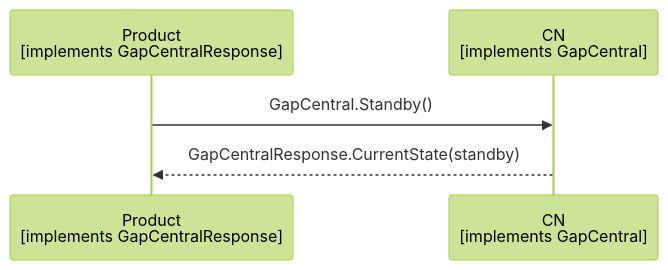
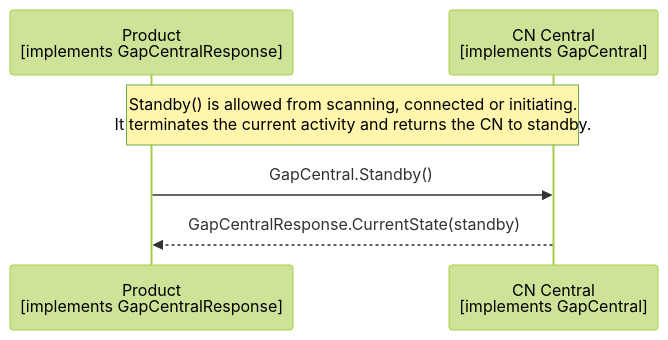
One commit to philips-software/amp-embedded-infra-lib changed the diagram in documents/modules/ROOT/partials/echoservices/gap_central/GapCentral_Standby_sequence.mmd. Above: the diagram before and after it, drawn with Mermaid (forest theme). The commit also changed 32 other files, not shown here.

Commit message:
resolve issues with sequence diagrams

```diff
--- a/documents/modules/ROOT/partials/echoservices/gap_central/GapCentral_Standby_sequence.mmd
+++ b/documents/modules/ROOT/partials/echoservices/gap_central/GapCentral_Standby_sequence.mmd
@@ -1,5 +1,6 @@
 sequenceDiagram
     participant Product as Product<br>[implements GapCentralResponse]
-    participant CN as CN<br>[implements GapCentral]
+    participant CN as CN Central<br>[implements GapCentral]
+    Note over Product, CN: Standby() is allowed from scanning, connected or initiating.<br>It terminates the current activity and returns the CN to standby.
     Product->>CN: GapCentral.Standby()
     CN-->>Product: GapCentralResponse.CurrentState(standby)
```
